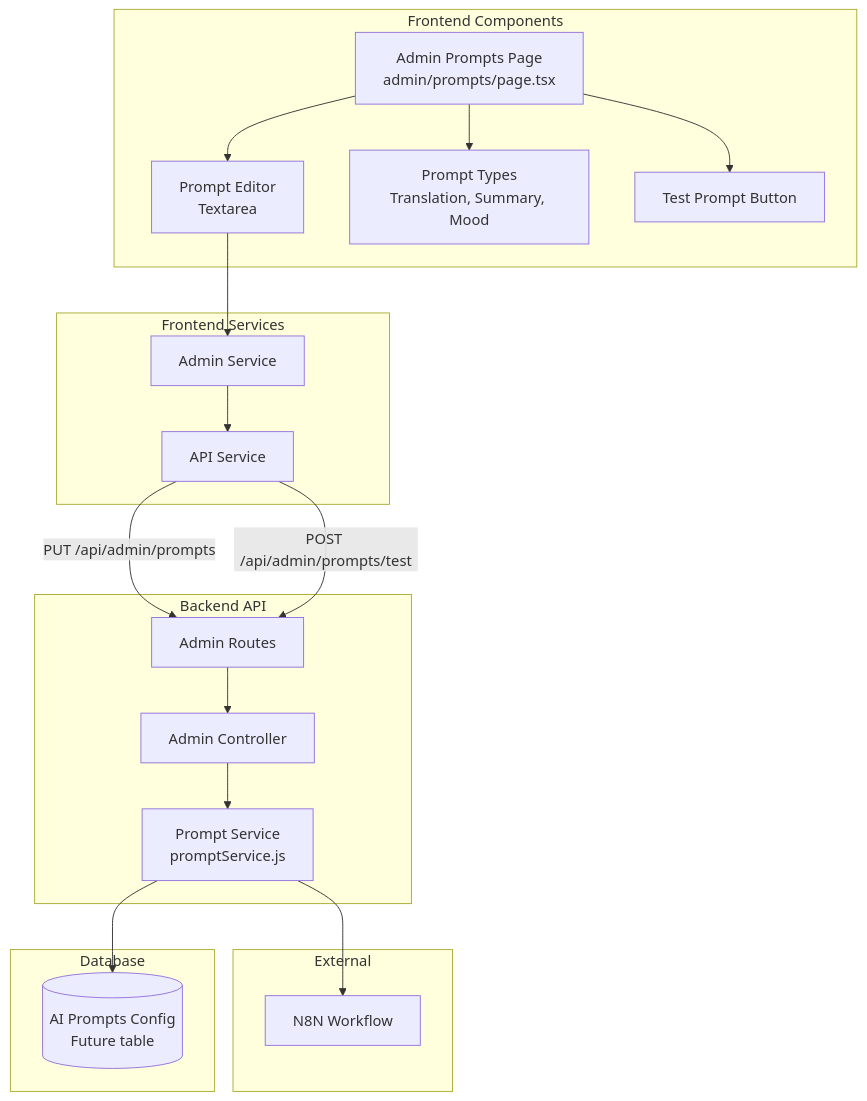
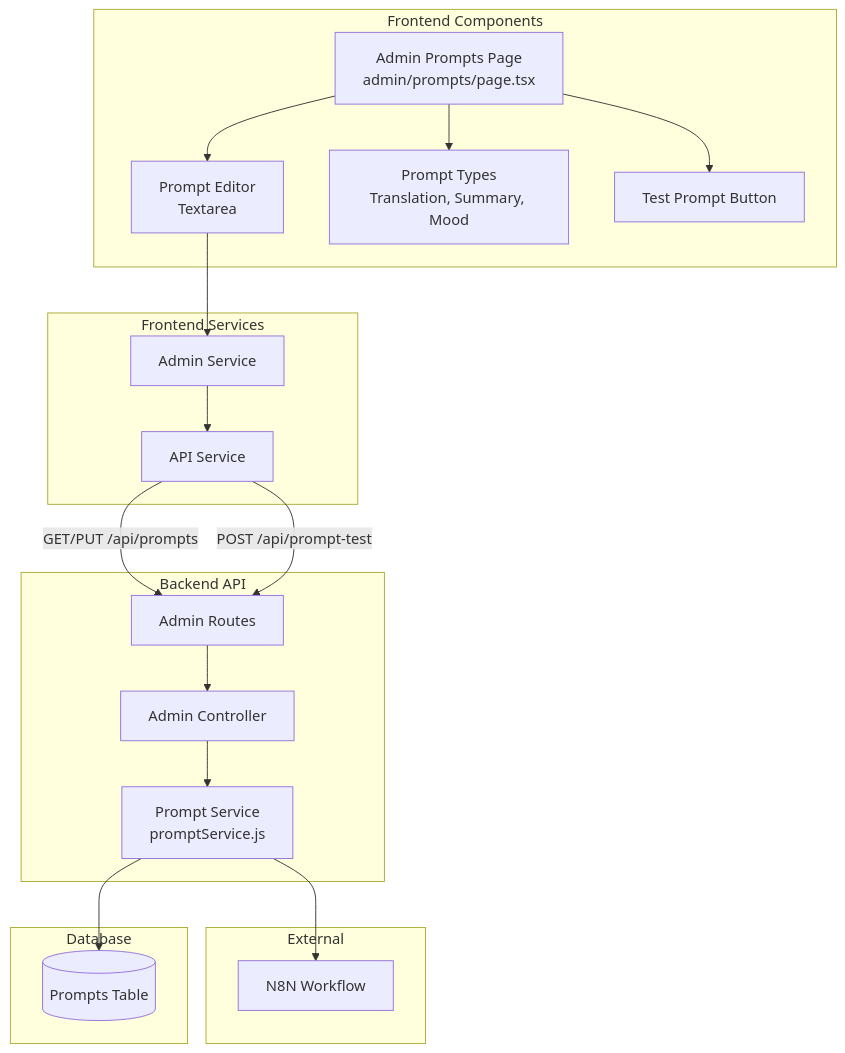
Before and after one commit to tikpoptv/MUSE-MUSIC: diagram 20 of 21 in diagrams/component-diagrams.md, drawn with Mermaid. The commit also changed other lines of this file and 6 other files, not shown here.

First line of the commit message:
Update system diagrams for Prompts and SystemLogs

````diff
--- a/diagrams/component-diagrams.md
+++ b/diagrams/component-diagrams.md
@@ -1253,42 +1259,42 @@
 ```mermaid
 graph TB
     subgraph "Frontend Components"
         PROMPTSPAGE[Admin Prompts Page<br/>admin/prompts/page.tsx]
         PROMPTEDITOR[Prompt Editor<br/>Textarea]
         PROMPTTYPES[Prompt Types<br/>Translation, Summary, Mood]
         TESTBTN[Test Prompt Button]
     end
     
     subgraph "Frontend Services"
         ADMINSVC_F[Admin Service]
         APISVC_F[API Service]
     end
     
     subgraph "Backend API"
         ADMINROUTE[Admin Routes]
         ADMINCTRL[Admin Controller]
         PROMPTSVC[Prompt Service<br/>promptService.js]
     end
     
     subgraph "External"
         N8N[N8N Workflow]
     end
     
     subgraph "Database"
-        PROMPTS[(AI Prompts Config<br/>Future table)]
+        PROMPTS[(Prompts Table)]
     end
     
     PROMPTSPAGE --> PROMPTEDITOR
     PROMPTSPAGE --> PROMPTTYPES
     PROMPTSPAGE --> TESTBTN
     
     PROMPTEDITOR --> ADMINSVC_F
     ADMINSVC_F --> APISVC_F
-    APISVC_F -->|PUT /api/admin/prompts| ADMINROUTE
-    APISVC_F -->|POST /api/admin/prompts/test| ADMINROUTE
+    APISVC_F -->|GET/PUT /api/prompts| ADMINROUTE
+    APISVC_F -->|POST /api/prompt-test| ADMINROUTE
     
     ADMINROUTE --> ADMINCTRL
     ADMINCTRL --> PROMPTSVC
     PROMPTSVC --> PROMPTS
     PROMPTSVC --> N8N
 ```
````
